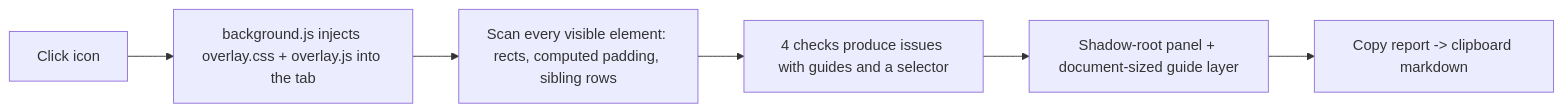
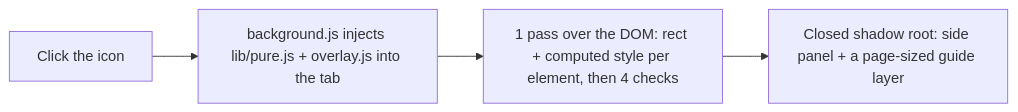
Before and after one commit to bunlongheng/snake-eyes: the diagram in README.md, drawn with Mermaid. The commit also changed other lines of this file and 19 other files, not shown here.

First line of the commit message:
feat: single-pass scan, keyboard panel, closed shadow root, exact tests, release packaging (1.1.0)

````diff
--- a/README.md
+++ b/README.md
@@ -56,8 +66,6 @@
 ```mermaid
 flowchart LR
-    C[Click icon] --> I[background.js injects overlay.css + overlay.js into the tab]
-    I --> S[Scan every visible element: rects, computed padding, sibling rows]
-    S --> R[4 checks produce issues with guides and a selector]
-    R --> U[Shadow-root panel + document-sized guide layer]
-    U --> P[Copy report -> clipboard markdown]
+    C[Click the icon] --> I[background.js injects lib/pure.js + overlay.js into the tab]
+    I --> S[1 pass over the DOM: rect + computed style per element, then 4 checks]
+    S --> U[Closed shadow root: side panel + a page-sized guide layer]
 ```
````
